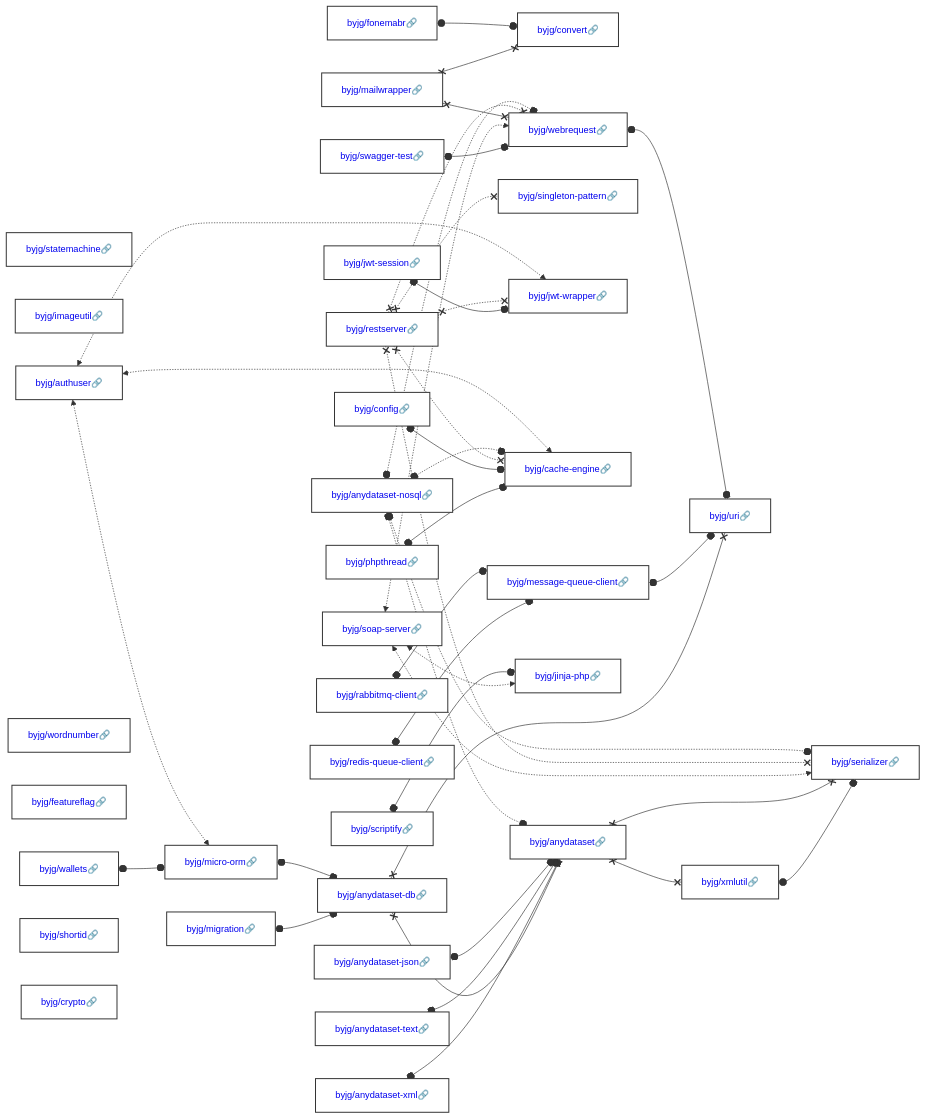
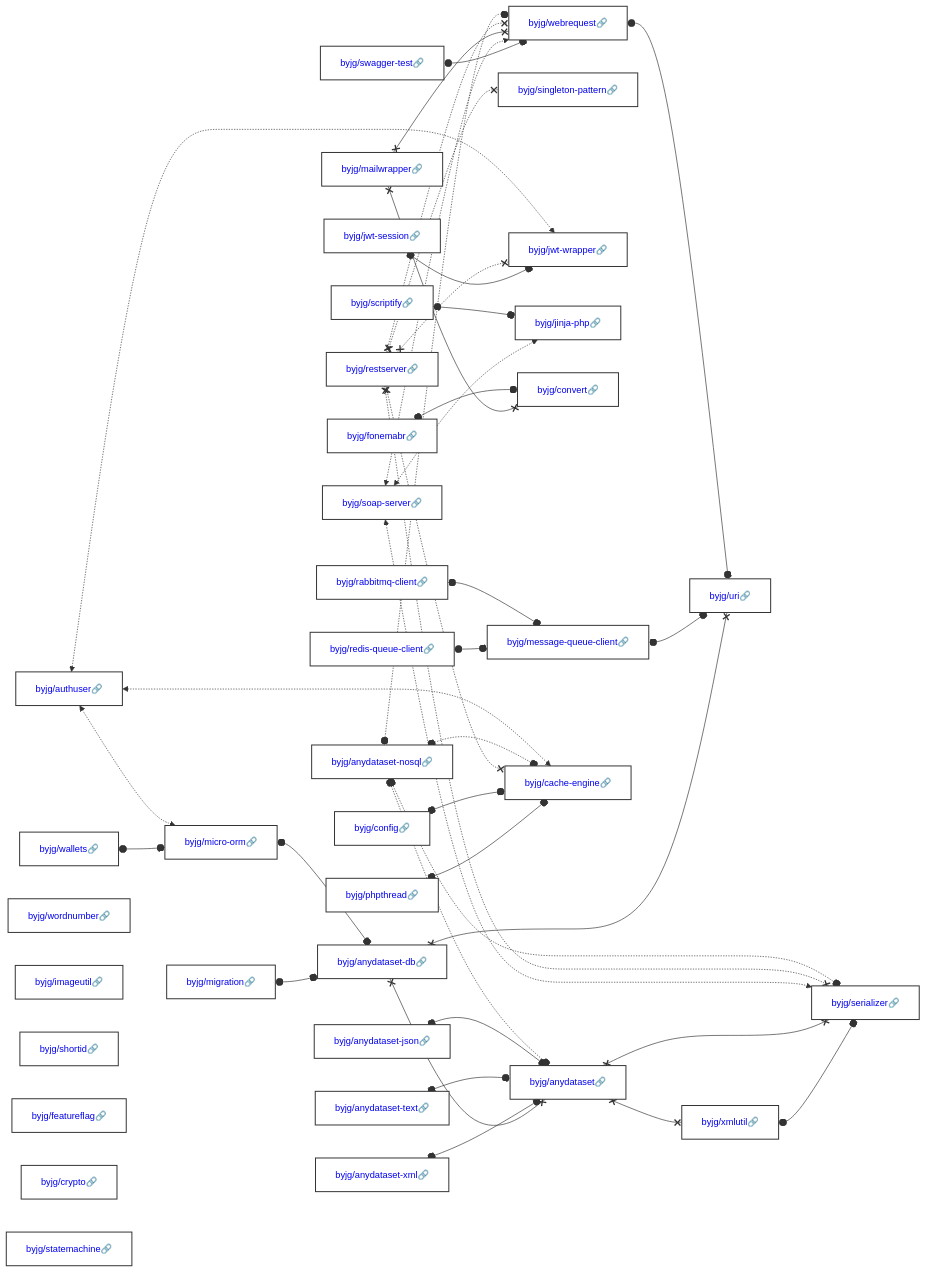
The diagram in docs/php/README.md (byjg/byjg.github.io), drawn with Mermaid before and after one commit. The commit also changed other lines of this file, not shown here.

Commit message:
Update documentation 'php' 'php-micro-orm'

````diff
--- a/docs/php/README.md
+++ b/docs/php/README.md
@@ -3,37 +3,37 @@
 ```mermaid
 graph LR;
+  byjg/phpthread[<a href='https://opensource.byjg.com/docs/php/phpthread' style='text-decoration:none'>byjg/phpthread🔗</a>];
+  byjg/anydataset-xml[<a href='https://opensource.byjg.com/docs/php/anydataset-xml' style='text-decoration:none'>byjg/anydataset-xml🔗</a>];
+  byjg/redis-queue-client[<a href='https://opensource.byjg.com/docs/php/redis-queue-client' style='text-decoration:none'>byjg/redis-queue-client🔗</a>];
+  byjg/fonemabr[<a href='https://opensource.byjg.com/docs/php/fonemabr' style='text-decoration:none'>byjg/fonemabr🔗</a>];
+  byjg/wallets[<a href='https://opensource.byjg.com/docs/php/wallets' style='text-decoration:none'>byjg/wallets🔗</a>];
+  byjg/authuser[<a href='https://opensource.byjg.com/docs/php/authuser' style='text-decoration:none'>byjg/authuser🔗</a>];
+  byjg/migration[<a href='https://opensource.byjg.com/docs/php/migration' style='text-decoration:none'>byjg/migration🔗</a>];
+  byjg/swagger-test[<a href='https://opensource.byjg.com/docs/php/swagger-test' style='text-decoration:none'>byjg/swagger-test🔗</a>];
+  byjg/jwt-session[<a href='https://opensource.byjg.com/docs/php/jwt-session' style='text-decoration:none'>byjg/jwt-session🔗</a>];
+  byjg/anydataset-text[<a href='https://opensource.byjg.com/docs/php/anydataset-text' style='text-decoration:none'>byjg/anydataset-text🔗</a>];
+  byjg/wordnumber[<a href='https://opensource.byjg.com/docs/php/wordnumber' style='text-decoration:none'>byjg/wordnumber🔗</a>];
+  byjg/scriptify[<a href='https://opensource.byjg.com/docs/php/scriptify' style='text-decoration:none'>byjg/scriptify🔗</a>];
+  byjg/imageutil[<a href='https://opensource.byjg.com/docs/php/imageutil' style='text-decoration:none'>byjg/imageutil🔗</a>];
+  byjg/shortid[<a href='https://opensource.byjg.com/docs/php/shortid' style='text-decoration:none'>byjg/shortid🔗</a>];
+  byjg/featureflag[<a href='https://opensource.byjg.com/docs/php/featureflag' style='text-decoration:none'>byjg/featureflag🔗</a>];
+  byjg/rabbitmq-client[<a href='https://opensource.byjg.com/docs/php/rabbitmq-client' style='text-decoration:none'>byjg/rabbitmq-client🔗</a>];
+  byjg/restserver[<a href='https://opensource.byjg.com/docs/php/restserver' style='text-decoration:none'>byjg/restserver🔗</a>];
+  byjg/anydataset-json[<a href='https://opensource.byjg.com/docs/php/anydataset-json' style='text-decoration:none'>byjg/anydataset-json🔗</a>];
+  byjg/soap-server[<a href='https://opensource.byjg.com/docs/php/soap-server' style='text-decoration:none'>byjg/soap-server🔗</a>];
+  byjg/anydataset-nosql[<a href='https://opensource.byjg.com/docs/php/anydataset-nosql' style='text-decoration:none'>byjg/anydataset-nosql🔗</a>];
   byjg/mailwrapper[<a href='https://opensource.byjg.com/docs/php/mailwrapper' style='text-decoration:none'>byjg/mailwrapper🔗</a>];
+  byjg/crypto[<a href='https://opensource.byjg.com/docs/php/crypto' style='text-decoration:none'>byjg/crypto🔗</a>];
   byjg/statemachine[<a href='https://opensource.byjg.com/docs/php/statemachine' style='text-decoration:none'>byjg/statemachine🔗</a>];
   byjg/config[<a href='https://opensource.byjg.com/docs/php/config' style='text-decoration:none'>byjg/config🔗</a>];
-  byjg/imageutil[<a href='https://opensource.byjg.com/docs/php/imageutil' style='text-decoration:none'>byjg/imageutil🔗</a>];
-  byjg/fonemabr[<a href='https://opensource.byjg.com/docs/php/fonemabr' style='text-decoration:none'>byjg/fonemabr🔗</a>];
-  byjg/authuser[<a href='https://opensource.byjg.com/docs/php/authuser' style='text-decoration:none'>byjg/authuser🔗</a>];
-  byjg/swagger-test[<a href='https://opensource.byjg.com/docs/php/swagger-test' style='text-decoration:none'>byjg/swagger-test🔗</a>];
-  byjg/jwt-session[<a href='https://opensource.byjg.com/docs/php/jwt-session' style='text-decoration:none'>byjg/jwt-session🔗</a>];
-  byjg/anydataset-json[<a href='https://opensource.byjg.com/docs/php/anydataset-json' style='text-decoration:none'>byjg/anydataset-json🔗</a>];
-  byjg/wordnumber[<a href='https://opensource.byjg.com/docs/php/wordnumber' style='text-decoration:none'>byjg/wordnumber🔗</a>];
-  byjg/anydataset-nosql[<a href='https://opensource.byjg.com/docs/php/anydataset-nosql' style='text-decoration:none'>byjg/anydataset-nosql🔗</a>];
-  byjg/redis-queue-client[<a href='https://opensource.byjg.com/docs/php/redis-queue-client' style='text-decoration:none'>byjg/redis-queue-client🔗</a>];
-  byjg/rabbitmq-client[<a href='https://opensource.byjg.com/docs/php/rabbitmq-client' style='text-decoration:none'>byjg/rabbitmq-client🔗</a>];
-  byjg/restserver[<a href='https://opensource.byjg.com/docs/php/restserver' style='text-decoration:none'>byjg/restserver🔗</a>];
-  byjg/phpthread[<a href='https://opensource.byjg.com/docs/php/phpthread' style='text-decoration:none'>byjg/phpthread🔗</a>];
-  byjg/featureflag[<a href='https://opensource.byjg.com/docs/php/featureflag' style='text-decoration:none'>byjg/featureflag🔗</a>];
-  byjg/anydataset-text[<a href='https://opensource.byjg.com/docs/php/anydataset-text' style='text-decoration:none'>byjg/anydataset-text🔗</a>];
-  byjg/anydataset-xml[<a href='https://opensource.byjg.com/docs/php/anydataset-xml' style='text-decoration:none'>byjg/anydataset-xml🔗</a>];
-  byjg/wallets[<a href='https://opensource.byjg.com/docs/php/wallets' style='text-decoration:none'>byjg/wallets🔗</a>];
-  byjg/soap-server[<a href='https://opensource.byjg.com/docs/php/soap-server' style='text-decoration:none'>byjg/soap-server🔗</a>];
-  byjg/migration[<a href='https://opensource.byjg.com/docs/php/migration' style='text-decoration:none'>byjg/migration🔗</a>];
-  byjg/scriptify[<a href='https://opensource.byjg.com/docs/php/scriptify' style='text-decoration:none'>byjg/scriptify🔗</a>];
-  byjg/shortid[<a href='https://opensource.byjg.com/docs/php/shortid' style='text-decoration:none'>byjg/shortid🔗</a>];
-  byjg/crypto[<a href='https://opensource.byjg.com/docs/php/crypto' style='text-decoration:none'>byjg/crypto🔗</a>];
-  byjg/convert[<a href='https://opensource.byjg.com/docs/php/convert' style='text-decoration:none'>byjg/convert🔗</a>];
+  byjg/micro-orm[<a href='https://opensource.byjg.com/docs/php/micro-orm' style='text-decoration:none'>byjg/micro-orm🔗</a>];
   byjg/message-queue-client[<a href='https://opensource.byjg.com/docs/php/message-queue-client' style='text-decoration:none'>byjg/message-queue-client🔗</a>];
   byjg/singleton-pattern[<a href='https://opensource.byjg.com/docs/php/singleton-pattern' style='text-decoration:none'>byjg/singleton-pattern🔗</a>];
   byjg/jwt-wrapper[<a href='https://opensource.byjg.com/docs/php/jwt-wrapper' style='text-decoration:none'>byjg/jwt-wrapper🔗</a>];
+  byjg/jinja-php[<a href='https://opensource.byjg.com/docs/php/jinja-php' style='text-decoration:none'>byjg/jinja-php🔗</a>];
+  byjg/convert[<a href='https://opensource.byjg.com/docs/php/convert' style='text-decoration:none'>byjg/convert🔗</a>];
+  byjg/webrequest[<a href='https://opensource.byjg.com/docs/php/webrequest' style='text-decoration:none'>byjg/webrequest🔗</a>];
   byjg/cache-engine[<a href='https://opensource.byjg.com/docs/php/cache-engine' style='text-decoration:none'>byjg/cache-engine🔗</a>];
-  byjg/micro-orm[<a href='https://opensource.byjg.com/docs/php/micro-orm' style='text-decoration:none'>byjg/micro-orm🔗</a>];
-  byjg/webrequest[<a href='https://opensource.byjg.com/docs/php/webrequest' style='text-decoration:none'>byjg/webrequest🔗</a>];
-  byjg/jinja-php[<a href='https://opensource.byjg.com/docs/php/jinja-php' style='text-decoration:none'>byjg/jinja-php🔗</a>];
   byjg/anydataset-db[<a href='https://opensource.byjg.com/docs/php/anydataset-db' style='text-decoration:none'>byjg/anydataset-db🔗</a>];
   byjg/anydataset[<a href='https://opensource.byjg.com/docs/php/anydataset' style='text-decoration:none'>byjg/anydataset🔗</a>];
   byjg/uri[<a href='https://opensource.byjg.com/docs/php/uri' style='text-decoration:none'>byjg/uri🔗</a>];
````
